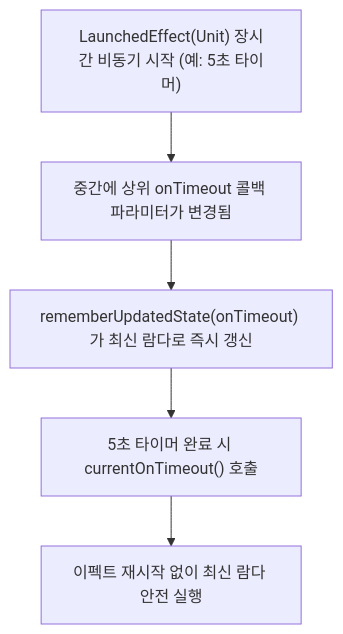
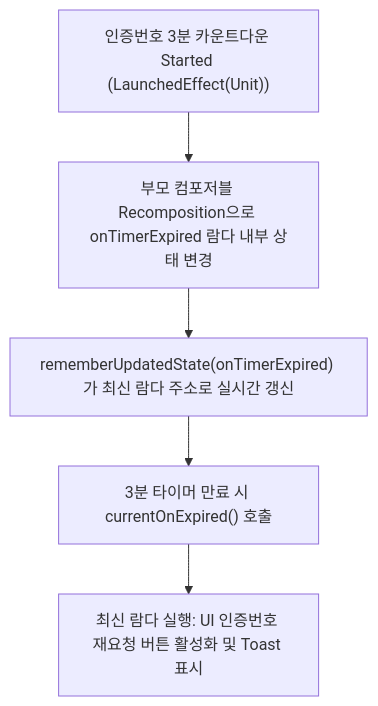
Before and after one commit to youngmin-gwon/what-i-studied: the diagram in 01_inbox/mobile/android/02_app_framework/jetpack-compose/state-and-lifecycle/compose-state-and-effect-contracts/remember-updated-state.md, drawn with Mermaid. The commit also changed other lines of this file and 8 other files, not shown here.

````diff
--- a/01_inbox/mobile/android/02_app_framework/jetpack-compose/state-and-lifecycle/compose-state-and-effect-contracts/remember-updated-state.md
+++ b/01_inbox/mobile/android/02_app_framework/jetpack-compose/state-and-lifecycle/compose-state-and-effect-contracts/remember-updated-state.md
@@ -24,7 +31,7 @@
 ```mermaid
 graph TD
-    LongEffect["LaunchedEffect(Unit) 장시간 비동기 시작 (예: 5초 타이머)"] --> UserAction["중간에 상위 onTimeout 콜백 파라미터가 변경됨"]
-    UserAction --> UpdatedState["rememberUpdatedState(onTimeout) 가 최신 람다로 즉시 갱신"]
-    UpdatedState --> EffectEnd["5초 타이머 완료 시 currentOnTimeout() 호출"]
-    EffectEnd --> ExecLatest["이펙트 재시작 없이 최신 람다 안전 실행"]
+    StartTimer["인증번호 3분 카운트다운 Started (LaunchedEffect(Unit))"] --> ParentRecomp["부모 컴포저블 Recomposition으로 onTimerExpired 람다 내부 상태 변경"]
+    ParentRecomp --> UpdateState["rememberUpdatedState(onTimerExpired) 가 최신 람다 주소로 실시간 갱신"]
+    UpdateState --> TimerEnd["3분 타이머 만료 시 currentOnExpired() 호출"]
+    TimerEnd --> ExecAction["최신 람다 실행: UI 인증번호 재요청 버튼 활성화 및 Toast 표시"]
 ```
````
